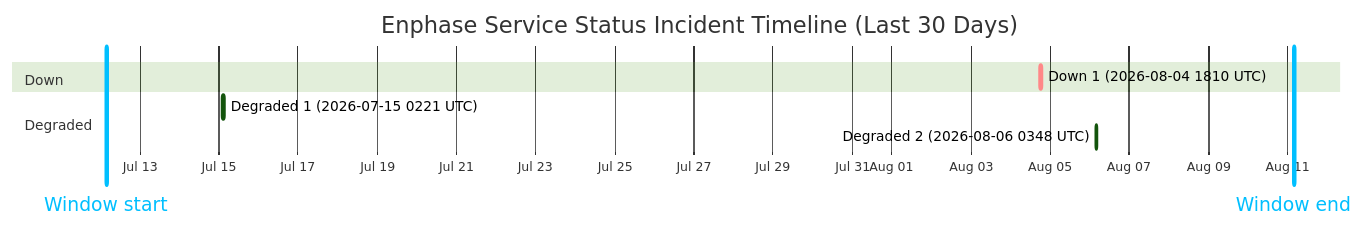
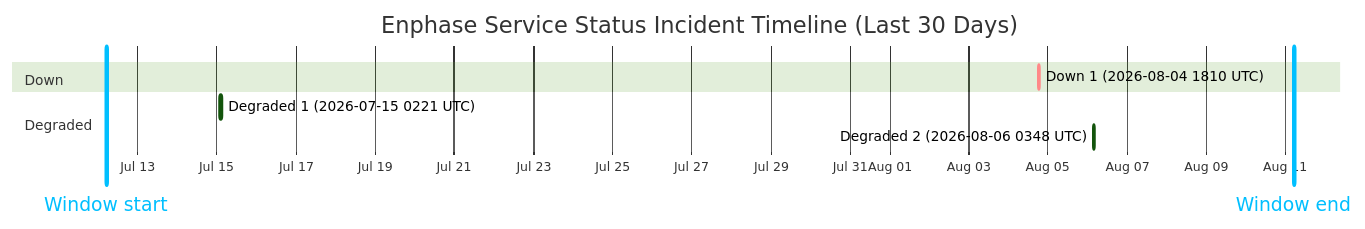
The diagram in wiki/Service-Status-History.md (barneyonline/ha-enphase-energy), drawn with Mermaid (forest theme) before and after one commit. The commit also changed other lines of this file and 3 other files, not shown here.

````diff
--- a/wiki/Service-Status-History.md
+++ b/wiki/Service-Status-History.md
@@ -14,13 +14,13 @@
 ```mermaid
 gantt
     title Enphase Service Status Incident Timeline (Last 30 Days)
     dateFormat  YYYY-MM-DDTHH:mm:ss
     axisFormat  %b %d
-    Window start :vert, window-start, 2026-07-12T03:42:06, 0ms
-    Window end :vert, window-end, 2026-08-11T03:42:06, 0ms
+    Window start :vert, window-start, 2026-07-12T05:06:07, 0ms
+    Window end :vert, window-end, 2026-08-11T05:06:07, 0ms
     section Down
     Down 1 (2026-08-04 1810 UTC) :crit, down-1, 2026-08-04T18:10:46, 60m
     section Degraded
     Degraded 1 (2026-07-15 0221 UTC) :active, degraded-1, 2026-07-15T02:21:35, 60m
     Degraded 2 (2026-08-06 0348 UTC) :active, degraded-2, 2026-08-06T03:48:14, 60m
 ```
````
